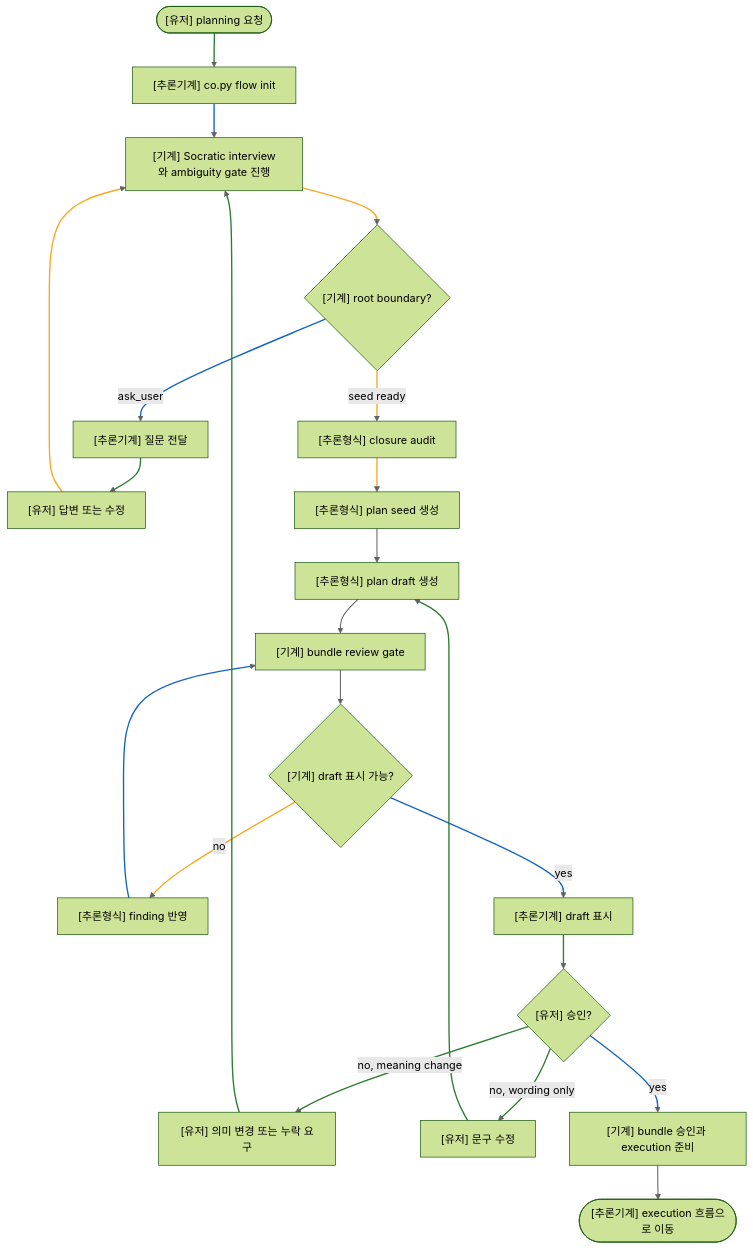
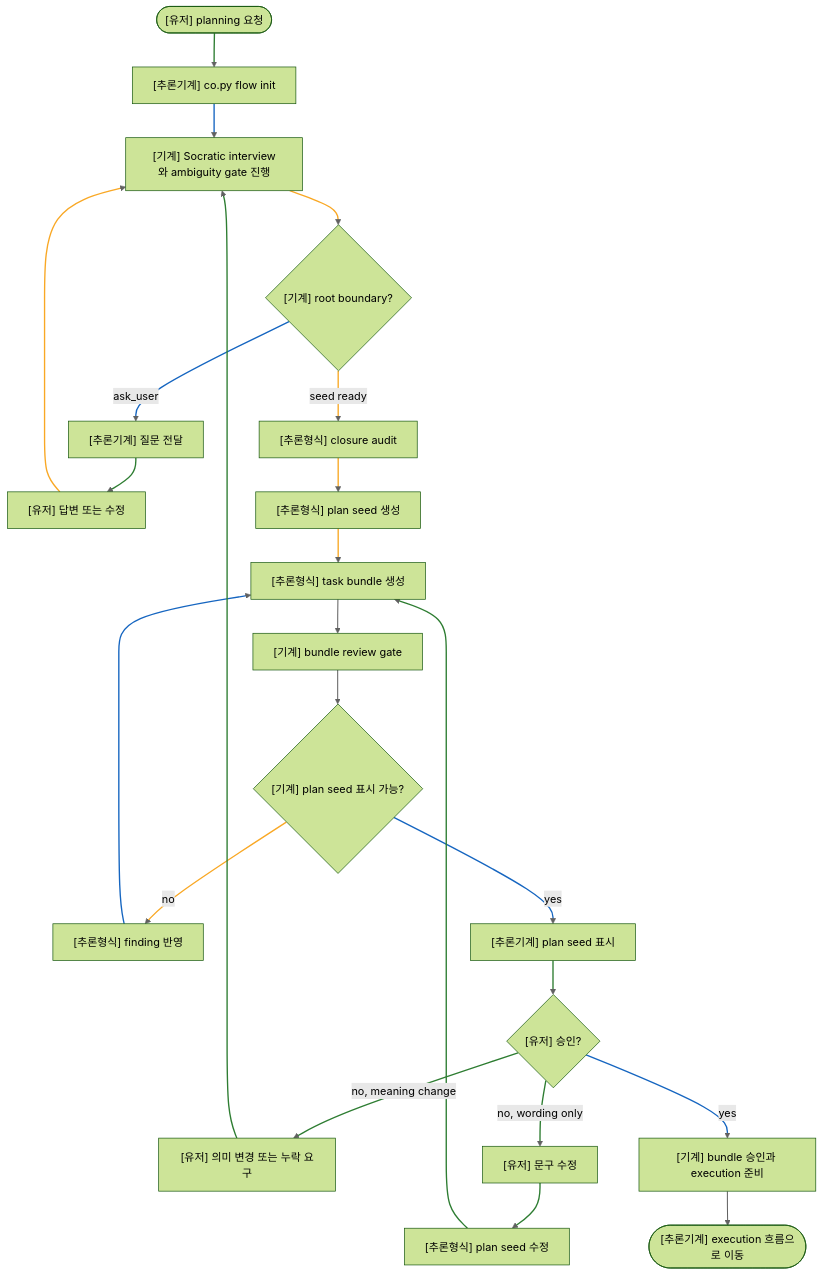
One commit to mym0404/coflow changed the second of 2 diagrams in COPLAN.md. Above: the diagram before and after it, drawn with Mermaid (forest theme). The commit also changed other lines of this file and 10 other files, not shown here.

Commit message:
feat: collapse coplan bundle to plan seed contract

````diff
--- a/COPLAN.md
+++ b/COPLAN.md
@@ -87,48 +88,50 @@
 ```mermaid
 flowchart TD
   Start(["[유저] planning 요청"])
   Init["[추론기계] co.py flow init"]
   Iterate["[기계] Socratic interview와 ambiguity gate 진행"]
   Boundary{"[기계] root boundary?"}
   Question["[추론기계] 질문 전달"]
   Answer["[유저] 답변 또는 수정"]
   Audit["[추론형식] closure audit"]
   Seed["[추론형식] plan seed 생성"]
-  Draft["[추론형식] plan draft 생성"]
+  Tasks["[추론형식] task bundle 생성"]
   Review["[기계] bundle review gate"]
-  DraftReady{"[기계] draft 표시 가능?"}
+  SeedReady{"[기계] plan seed 표시 가능?"}
   Repair["[추론형식] finding 반영"]
-  Present["[추론기계] draft 표시"]
+  Present["[추론기계] plan seed 표시"]
   Feedback{"[유저] 승인?"}
   Meaning["[유저] 의미 변경 또는 누락 요구"]
   Wording["[유저] 문구 수정"]
+  Revise["[추론형식] plan seed 수정"]
   Finalize["[기계] bundle 승인과 execution 준비"]
   Handoff(["[추론기계] execution 흐름으로 이동"])
 
   Start --> Init
   Init --> Iterate
   Iterate --> Boundary
   Boundary -->|ask_user| Question
   Question --> Answer
   Answer --> Iterate
   Boundary -->|seed ready| Audit
   Audit --> Seed
-  Seed --> Draft
-  Draft --> Review
-  Review --> DraftReady
-  DraftReady -->|no| Repair
-  Repair --> Review
-  DraftReady -->|yes| Present
+  Seed --> Tasks
+  Tasks --> Review
+  Review --> SeedReady
+  SeedReady -->|no| Repair
+  Repair --> Tasks
+  SeedReady -->|yes| Present
   Present --> Feedback
   Feedback -->|no, meaning change| Meaning
   Meaning --> Iterate
   Feedback -->|no, wording only| Wording
-  Wording --> Draft
+  Wording --> Revise
+  Revise --> Tasks
   Feedback -->|yes| Finalize
   Finalize --> Handoff
 
   linkStyle default stroke:#616161,stroke-width:1.5px
-  linkStyle 0,4,14,15,16,17,18 stroke:#2e7d32,stroke-width:2px
-  linkStyle 1,3,12,13,19 stroke:#1565c0,stroke-width:2px
-  linkStyle 2,5,6,7,11 stroke:#f9a825,stroke-width:2px
+  linkStyle 0,4,14,15,16,17,18,19 stroke:#2e7d32,stroke-width:2px
+  linkStyle 1,3,12,13,20 stroke:#1565c0,stroke-width:2px
+  linkStyle 2,5,6,7,8,11 stroke:#f9a825,stroke-width:2px
 ```
````
